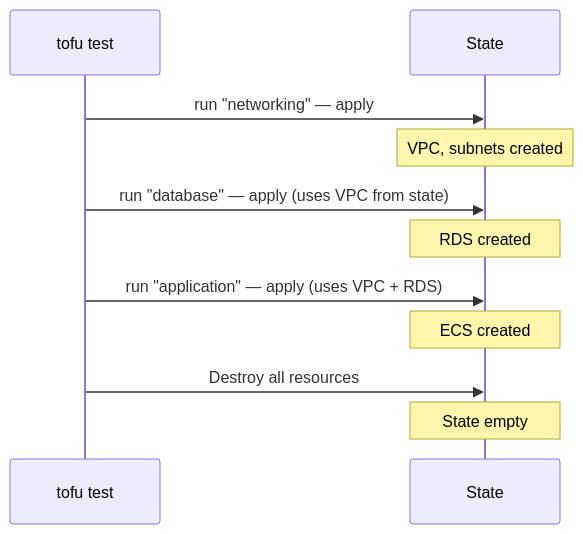
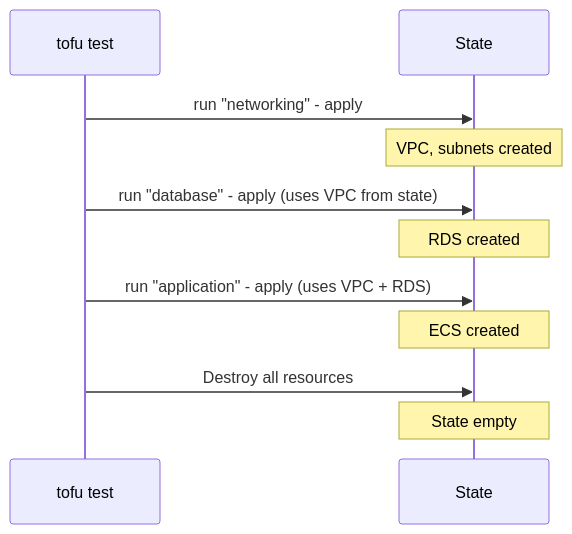
The diagram in posts/2026-03-20-cross-run-variable-references-opentofu/README.md (wildfirebill-web/oneuptime-blog), drawn with Mermaid before and after one commit. The commit also changed other lines of this file and 41565 other files, not shown here.

````diff
--- a/posts/2026-03-20-cross-run-variable-references-opentofu/README.md
+++ b/posts/2026-03-20-cross-run-variable-references-opentofu/README.md
@@ -145,14 +146,14 @@
 ```mermaid
 sequenceDiagram
     participant T as tofu test
     participant S as State
 
-    T->>S: run "networking" — apply
+    T->>S: run "networking" - apply
     Note over S: VPC, subnets created
-    T->>S: run "database" — apply (uses VPC from state)
+    T->>S: run "database" - apply (uses VPC from state)
     Note over S: RDS created
-    T->>S: run "application" — apply (uses VPC + RDS)
+    T->>S: run "application" - apply (uses VPC + RDS)
     Note over S: ECS created
     T->>S: Destroy all resources
     Note over S: State empty
 ```
````
